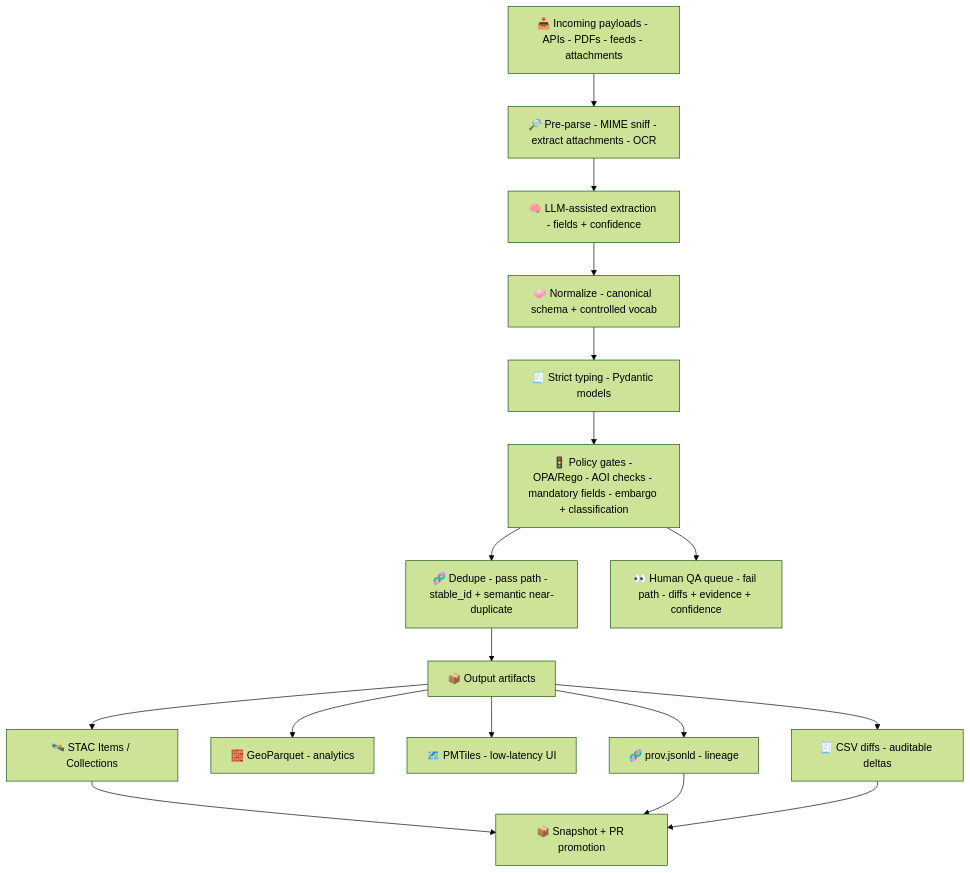
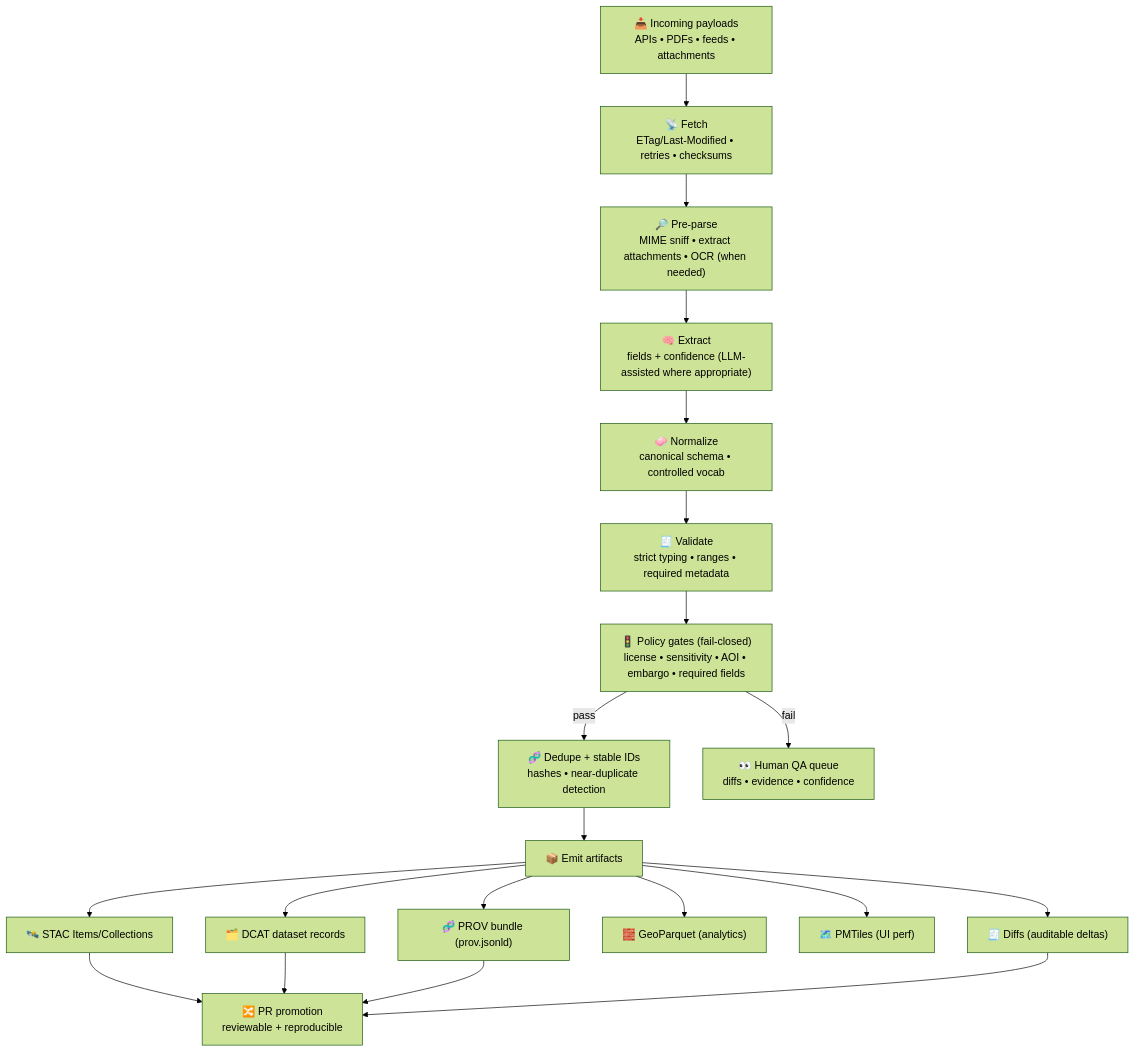
The fourth of 13 diagrams in docs/architecture/diagrams/README.md (bartytime4life/Kansas-Frontier-Matrix), drawn with Mermaid (forest theme) before and after one commit. The commit also changed other lines of this file, not shown here.

````diff
--- a/docs/architecture/diagrams/README.md
+++ b/docs/architecture/diagrams/README.md
@@ -277,22 +401,25 @@
 ```mermaid
 flowchart TD
-  IN["📥 Incoming payloads - APIs - PDFs - feeds - attachments"] --> PRE["🔎 Pre-parse - MIME sniff - extract attachments - OCR"];
-  PRE --> EX["🧠 LLM-assisted extraction - fields + confidence"];
-  EX --> NORM["🧼 Normalize - canonical schema + controlled vocab"];
-  NORM --> TYPE["🧾 Strict typing - Pydantic models"];
-  TYPE --> GATE["🚦 Policy gates - OPA/Rego - AOI checks - mandatory fields - embargo + classification"];
+  IN["📥 Incoming payloads<br/>APIs • PDFs • feeds • attachments"] --> FETCH["📡 Fetch<br/>ETag/Last-Modified • retries • checksums"]
+  FETCH --> PRE["🔎 Pre-parse<br/>MIME sniff • extract attachments • OCR (when needed)"]
+  PRE --> EX["🧠 Extract<br/>fields + confidence (LLM-assisted where appropriate)"]
+  EX --> NORM["🧼 Normalize<br/>canonical schema • controlled vocab"]
+  NORM --> TYPE["🧾 Validate<br/>strict typing • ranges • required metadata"]
+  TYPE --> GATE["🚦 Policy gates (fail-closed)<br/>license • sensitivity • AOI • embargo • required fields"]
 
-  GATE --> DEDUPE["🧬 Dedupe - pass path - stable_id + semantic near-duplicate"];
-  GATE --> HQ["👀 Human QA queue - fail path - diffs + evidence + confidence"];
+  GATE -->|pass| DEDUPE["🧬 Dedupe + stable IDs<br/>hashes • near-duplicate detection"]
+  GATE -->|fail| HQ["👀 Human QA queue<br/>diffs • evidence • confidence"]
 
-  DEDUPE --> OUT["📦 Output artifacts"];
-  OUT --> STAC["🛰️ STAC Items / Collections"];
-  OUT --> GPQ["🧱 GeoParquet - analytics"];
-  OUT --> PMT["🗺️ PMTiles - low-latency UI"];
-  OUT --> PROV["🧬 prov.jsonld - lineage"];
-  OUT --> DIFF["🧾 CSV diffs - auditable deltas"];
+  DEDUPE --> OUT["📦 Emit artifacts"]
+  OUT --> STAC["🛰️ STAC Items/Collections"]
+  OUT --> DCAT["🗂️ DCAT dataset records"]
+  OUT --> PROV["🧬 PROV bundle (prov.jsonld)"]
+  OUT --> GPQ["🧱 GeoParquet (analytics)"]
+  OUT --> PMT["🗺️ PMTiles (UI perf)"]
+  OUT --> DIFF["🧾 Diffs (auditable deltas)"]
 
-  STAC --> SNAP["📦 Snapshot + PR promotion"];
-  PROV --> SNAP;
-  DIFF --> SNAP;
+  STAC --> PR["🔀 PR promotion<br/>reviewable + reproducible"]
+  DCAT --> PR
+  PROV --> PR
+  DIFF --> PR
 ```
````
